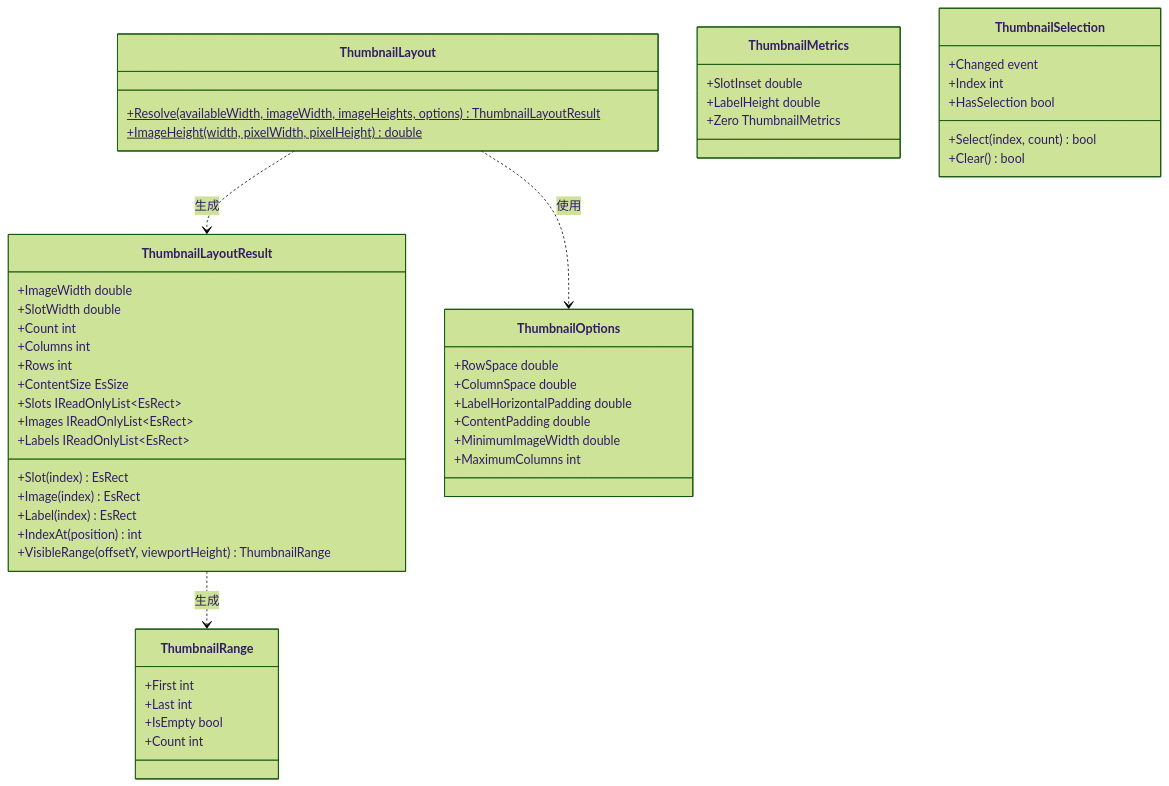
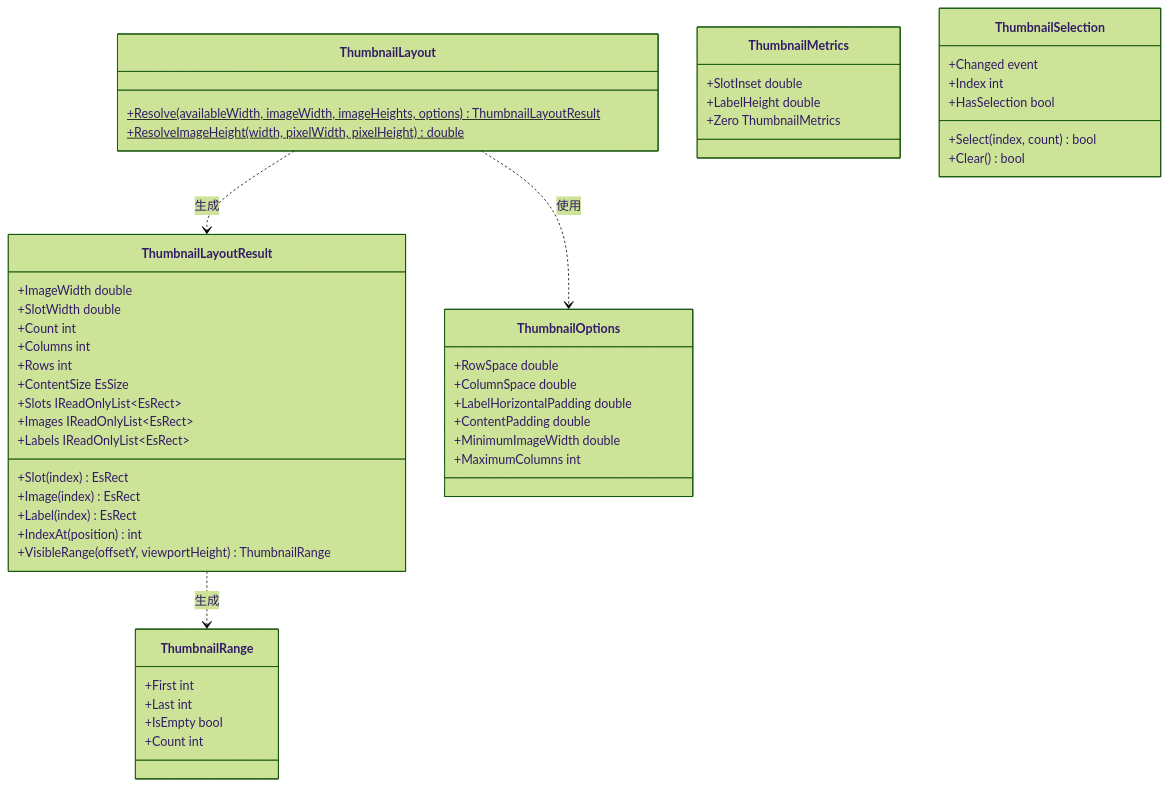
Before and after one commit to tomokuni/EsUtil: the second of 3 diagrams in EsUtil/Feature.Thumbnail.Core/docs/SPEC_System.md, drawn with Mermaid (forest theme). The commit also changed 59 other files, not shown here.

````diff
--- a/EsUtil/Feature.Thumbnail.Core/docs/SPEC_System.md
+++ b/EsUtil/Feature.Thumbnail.Core/docs/SPEC_System.md
@@ -102,53 +102,53 @@
 ```mermaid
 classDiagram
     class ThumbnailLayout {
         +Resolve(availableWidth, imageWidth, imageHeights, options)$ ThumbnailLayoutResult
-        +ImageHeight(width, pixelWidth, pixelHeight)$ double
+        +ResolveImageHeight(width, pixelWidth, pixelHeight)$ double
     }
     class ThumbnailLayoutResult {
         +ImageWidth double
         +SlotWidth double
         +Count int
         +Columns int
         +Rows int
         +ContentSize EsSize
         +Slots IReadOnlyList~EsRect~
         +Images IReadOnlyList~EsRect~
         +Labels IReadOnlyList~EsRect~
         +Slot(index) EsRect
         +Image(index) EsRect
         +Label(index) EsRect
         +IndexAt(position) int
         +VisibleRange(offsetY, viewportHeight) ThumbnailRange
     }
     class ThumbnailOptions {
         +RowSpace double
         +ColumnSpace double
         +LabelHorizontalPadding double
         +ContentPadding double
         +MinimumImageWidth double
         +MaximumColumns int
     }
     class ThumbnailMetrics {
         +SlotInset double
         +LabelHeight double
         +Zero ThumbnailMetrics
     }
     class ThumbnailSelection {
         +Changed event
         +Index int
         +HasSelection bool
         +Select(index, count) bool
         +Clear() bool
     }
     class ThumbnailRange {
         +First int
         +Last int
         +IsEmpty bool
         +Count int
     }
 
     ThumbnailLayout ..> ThumbnailLayoutResult : 生成
     ThumbnailLayout ..> ThumbnailOptions : 使用
     ThumbnailLayoutResult ..> ThumbnailRange : 生成
 ```
````
